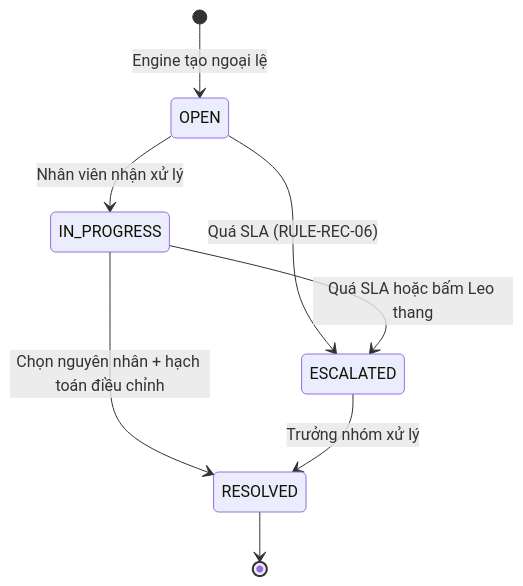
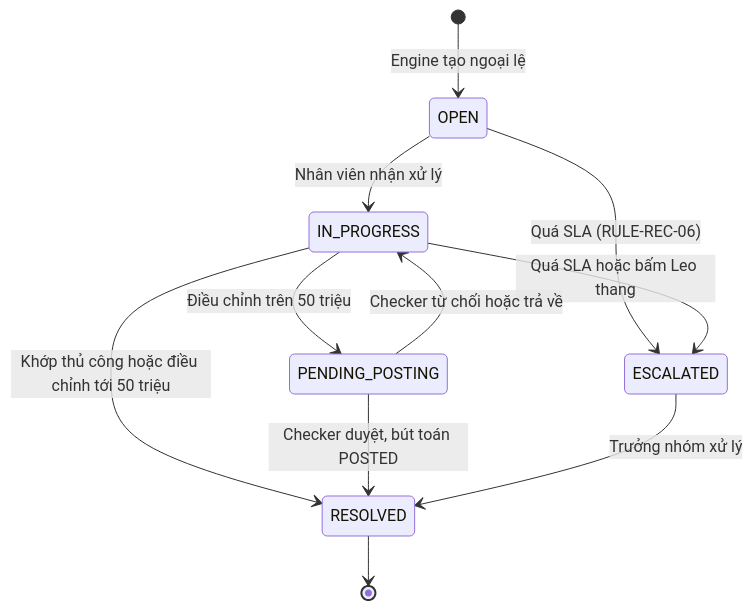
The third of 6 diagrams in docs/02-reconciliation/R01-reconciliation-flow.md (handao2303/aegis-ekyc-ui), drawn with Mermaid before and after one commit. The commit also changed other lines of this file and 9 other files, not shown here.

Commit message:
Module 2 docs: R01 v1.1 aligned with prototype after R04 round 2 (PENDING_POSTING, 3 resolution types, RETURNED/resubmit, RULE-REC-05 baseline meaning), document control; R03/R04 v1.3 approval sections

````diff
--- a/docs/02-reconciliation/R01-reconciliation-flow.md
+++ b/docs/02-reconciliation/R01-reconciliation-flow.md
@@ -68,10 +71,13 @@
 ```mermaid
 stateDiagram-v2
     [*] --> OPEN: Engine tạo ngoại lệ
     OPEN --> IN_PROGRESS: Nhân viên nhận xử lý
     OPEN --> ESCALATED: Quá SLA (RULE-REC-06)
     IN_PROGRESS --> ESCALATED: Quá SLA hoặc bấm Leo thang
-    IN_PROGRESS --> RESOLVED: Chọn nguyên nhân + hạch toán điều chỉnh
+    IN_PROGRESS --> RESOLVED: Khớp thủ công hoặc điều chỉnh tới 50 triệu
+    IN_PROGRESS --> PENDING_POSTING: Điều chỉnh trên 50 triệu
+    PENDING_POSTING --> RESOLVED: Checker duyệt, bút toán POSTED
+    PENDING_POSTING --> IN_PROGRESS: Checker từ chối hoặc trả về
     ESCALATED --> RESOLVED: Trưởng nhóm xử lý
     RESOLVED --> [*]
 ```
````
